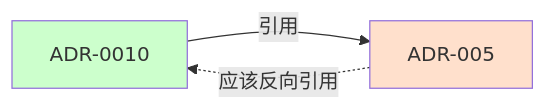
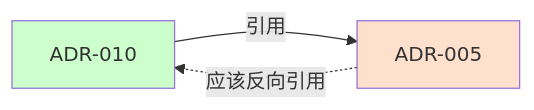
The diagram in .github/skills/documentation/update-documentation.skill.md (douhuaa/Zss.BilliardHall), drawn with Mermaid before and after one commit. The commit also changed other lines of this file and 26 other files, not shown here.

````diff
--- a/.github/skills/documentation/update-documentation.skill.md
+++ b/.github/skills/documentation/update-documentation.skill.md
@@ -183,8 +183,8 @@
 ```mermaid
 graph LR
-    A[ADR-0010] -->|引用| B[ADR-005]
+    A[ADR-010] -->|引用| B[ADR-005]
     B -.应该反向引用.-> A
     
     style A fill:#ccffcc
     style B fill:#ffe0cc
 ```
````
